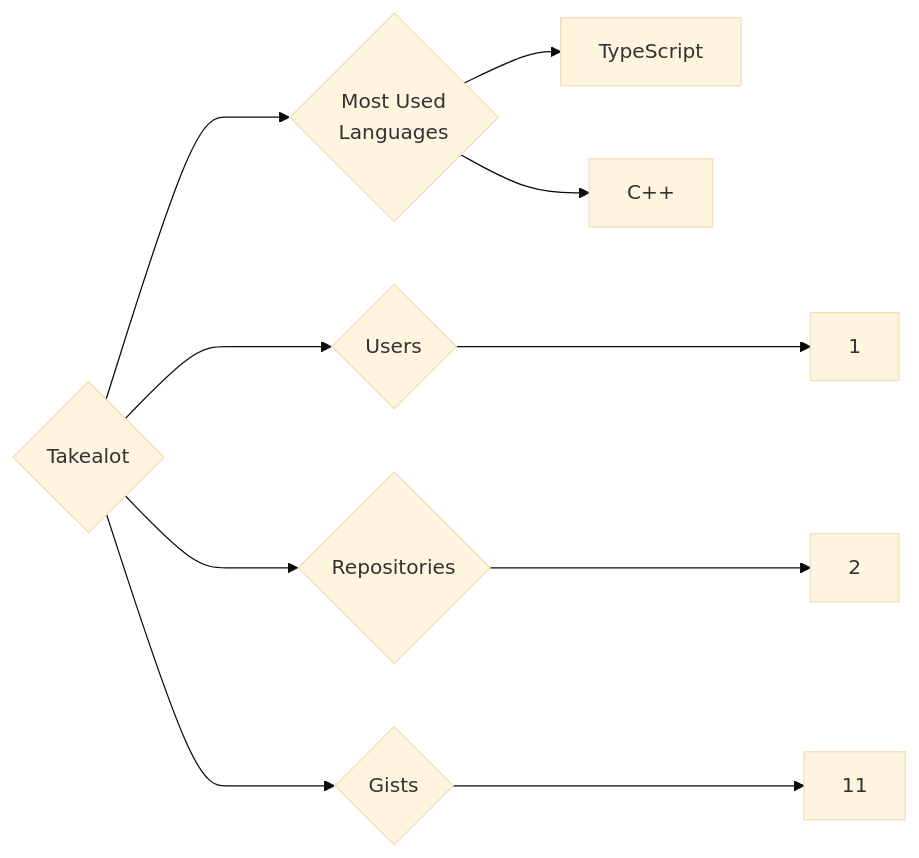
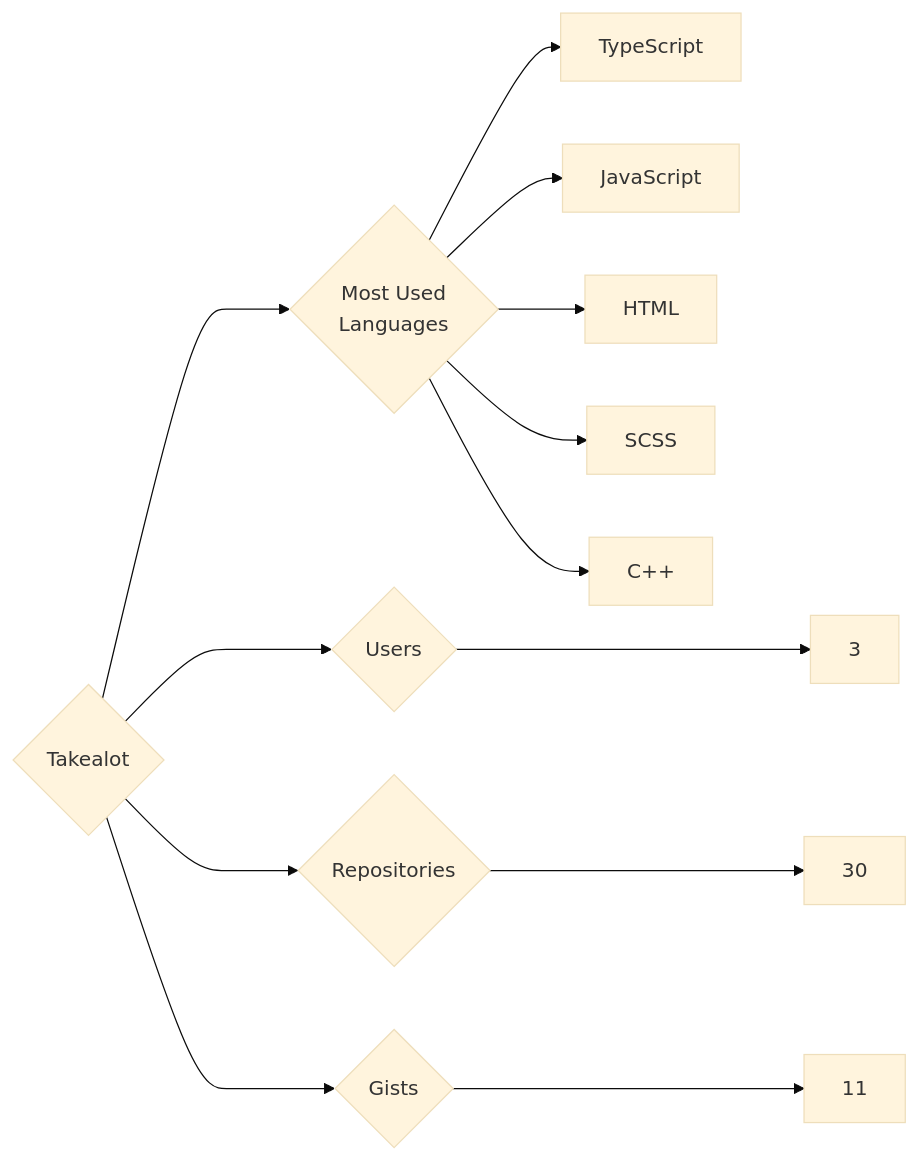
The diagram in targets/Takealot/README.md (trickest/insiders), drawn with Mermaid (base theme) before and after one commit. The commit also changed 1389 other files, not shown here.

````diff
--- a/targets/Takealot/README.md
+++ b/targets/Takealot/README.md
@@ -3,10 +3,13 @@
 ```mermaid
 graph LR
 COMPANY_NAME{Takealot}
-COMPANY_NAME ---> U{Users} ---> UN[1]
-COMPANY_NAME ---> R{Repositories} ---> RN[2]
+COMPANY_NAME ---> U{Users} ---> UN[3]
+COMPANY_NAME ---> R{Repositories} ---> RN[30]
 COMPANY_NAME ---> G{Gists} ---> GN[11]
 COMPANY_NAME ---> ML{Most Used<br>Languages}
 ML --> TypeScript[TypeScript]
+ML --> JavaScript[JavaScript]
+ML --> HTML[HTML]
+ML --> SCSS[SCSS]
 ML --> C++[C++]
 ```
````
